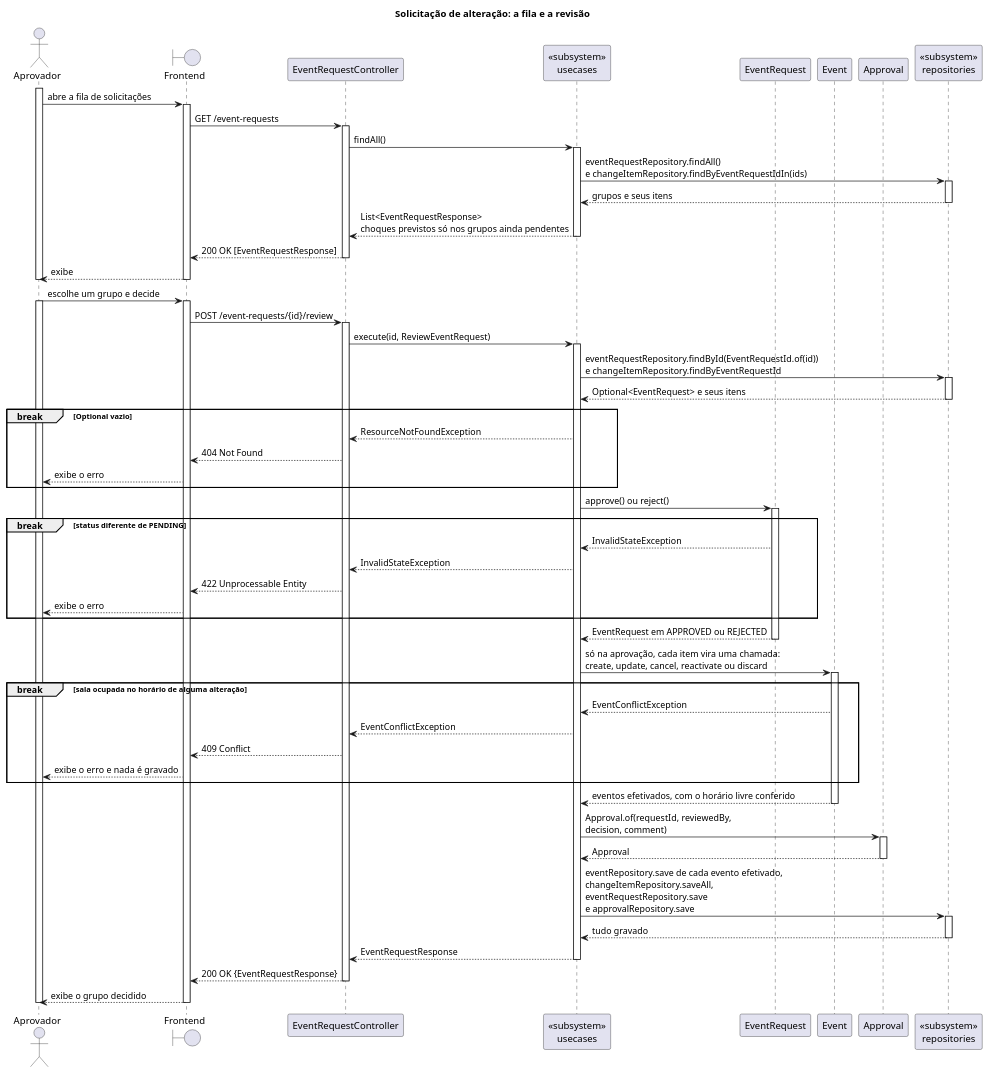
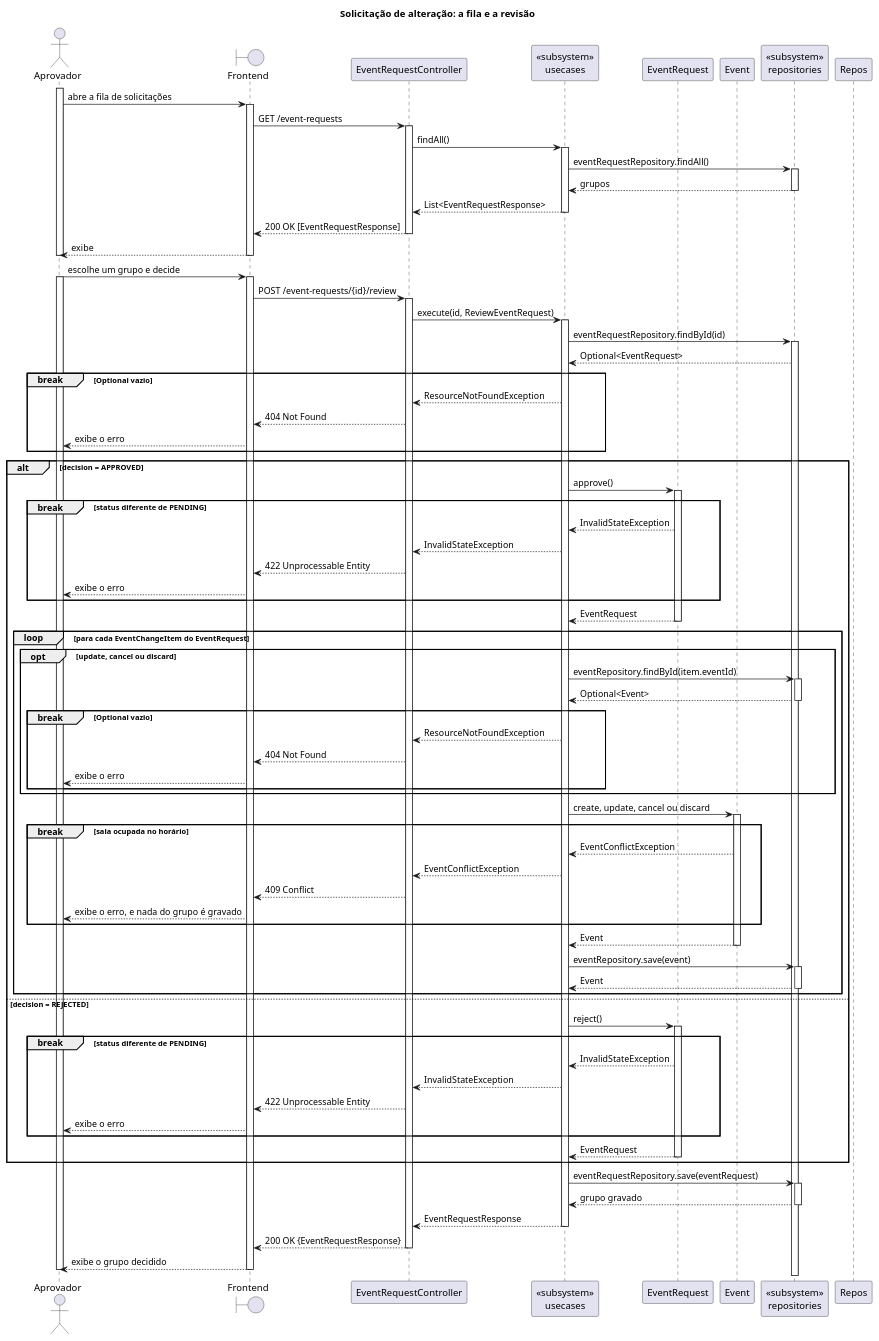
The diagram in src/plantuml/sequencia/simples/event_request.puml (Neoguara/rooms-diagrams), drawn with PlantUML before and after one commit. The commit also changed 1 other file, not shown here.

```diff
--- a/src/plantuml/sequencia/simples/event_request.puml
+++ b/src/plantuml/sequencia/simples/event_request.puml
@@ -1,134 +1,188 @@
 @startuml event_request_simples
 
 ' A tela do aprovador, no estilo simplista: ele vê a fila de solicitações e decide um
 ' grupo. A tela do solicitante, com a agenda e a submissão, está em event.puml. Os
 ' diagramas completos continuam em sequencia/event/, e é lá que estão todos os desvios.
 '
 ' A forma do diagrama segue o uso da tela: abrir a fila lista as solicitações, e a
 ' listagem é obrigatória, acontece antes de tudo e não é alternativa a nada. A decisão vem
-' depois dela, e é a única operação que esta tela oferece. Por isso não há alt aqui: não
-' existem caminhos alternativos a escolher, existe um só, que é o que o aprovador faz.
+' depois dela, e é a única operação que esta tela oferece. Por isso não há alt no nível de
+' cima: não existem caminhos alternativos a escolher, existe um só.
 '
-' Aprovar e rejeitar são o mesmo endpoint, decidido pelo campo decision. A diferença
-' aparece na mensagem para o EventRequest e no fato de que só a aprovação efetiva as
-' alterações sobre os eventos.
+' O alt de dentro é o assunto do diagrama. Aprovar e rejeitar são o mesmo endpoint,
+' separados pelo campo decision, e o que os distingue não é o que cada um faz: é o que só
+' um deles faz. O tamanho dos dois ramos é a informação: rejeitar muda o status do grupo e
+' acaba ali, enquanto aprovar ainda tem o loop inteiro pela frente.
 '
-' A decisão é do grupo inteiro, não de cada alteração: basta uma não poder ser aplicada
-' para que nada seja gravado. É isso que os dois break do trecho de efetivação dizem.
+' O loop dentro da aprovação é o segundo ponto. A decisão é do grupo inteiro, não de cada
+' alteração: os itens são efetivados um a um, na ordem em que foram submetidos, e basta um
+' não caber para que nada seja gravado. É isso que o break do 409 dentro do loop diz.
 '
-' Cinco cortes em relação aos completos:
+' Quatro cortes em relação aos completos:
 '   1. Porta e implementação viram um participante só, tipado como «subsystem».
 '   2. Os desvios são marcados com break, o fragmento que cancela o resto da interação,
-'      que é o que o throw faz: 404 no grupo que não existe, 422 no grupo que já foi
-'      decidido e 409 na sala ocupada no horário. O 422 de decision ausente e o 422 do
-'      evento em estado incompatível ficam nos completos.
-'   3. Nenhum loop. Onde o código repete por item, a repetição fica dita na mensagem.
-'   4. Nenhuma mensagem para si mesmo, e ativação só em trecho reto. As barras aninham:
+'      que é o que o throw faz. O 422 de decision ausente e o 422 do evento em estado
+'      incompatível com a alteração ficam nos completos. O 409 só nasce de create e
+'      update, que conferem a agenda; cancel e discard não ocupam horário.
+'   3. Nenhuma mensagem para si mesmo, e ativação só em trecho reto. As barras aninham:
 '      a do ator cobre a interação inteira, e cada camada abaixo ocupa menos tempo.
-'   5. O armazenamento não aparece. As mensagens param no participante de repositório,
+'   4. O armazenamento não aparece. As mensagens param no participante de repositório,
 '      e a consulta ou gravação fica implícita: o que importa é a conversa entre as
 '      camadas, não o SQL.
 '
 ' O RoomOccupancy não tem raia: a conferência de horário livre roda dentro do Event, que
-' recebe a agenda como argumento. O que sobra dela é o break do 409, que é o que o
-' aprovador sente.
+' recebe a agenda como argumento. O que sobra dela é o break do 409.
+'
+' O opt de dentro do loop é a única diferença entre os tipos de item: criar monta um Event
+' novo e não tem o que carregar, enquanto alterar, cancelar e descartar buscam o evento pelo
+' id guardado no item. Daí para baixo o caminho é o mesmo, e por isso a chamada à entidade,
+' o break do 409 e a gravação ficam fora do opt, uma vez só.
+'
+' O linkCreatedEvent, que devolve ao item o id do evento recém-criado, e o
+' changeItemRepository.saveAll que o grava ficam nos completos: são a amarração entre item
+' e evento, não a efetivação em si, e custariam uma raia inteira aqui.
+'
+' O Approval também sai. Ele registra quem decidiu, quando e com que comentário, mas é
+' trilha de auditoria: não muda o resultado da revisão nem o que o aprovador vê. Está nos
+' completos, junto do GET /event-requests/{id}/audit que o lê.
+'
+' O choque previsto que o EventRequestConflicts calcula na listagem fica de fora: é aviso,
+' e o que decide de verdade é o 409 da efetivação, que está aqui. O tipo REACTIVATE também
+' sai: é o CANCEL ao contrário e percorre as mesmas mensagens. Os dois estão nos completos.
 
 title Solicitação de alteração: a fila e a revisão
 
 actor "Aprovador" as Aprov
 boundary "Frontend" as FE
 participant "EventRequestController" as Ctrl
 
 participant "<<subsystem>>\nusecases" as UC
 
 participant "EventRequest" as Req
 participant "Event" as Event
-participant "Approval" as Appr
 
 participant "<<subsystem>>\nrepositories" as Repo
 
 activate Aprov
 Aprov -> FE: abre a fila de solicitações
 activate FE
 FE -> Ctrl: GET /event-requests
 activate Ctrl
 Ctrl -> UC: findAll()
 activate UC
 
-UC -> Repo: eventRequestRepository.findAll()\ne changeItemRepository.findByEventRequestIdIn(ids)
+UC -> Repo: eventRequestRepository.findAll()
 activate Repo
-Repo --> UC: grupos e seus itens
+Repo --> UC: grupos
 deactivate Repo
 
-UC --> Ctrl: List<EventRequestResponse>\nchoques previstos só nos grupos ainda pendentes
+UC --> Ctrl: List<EventRequestResponse>
 deactivate UC
 Ctrl --> FE: 200 OK [EventRequestResponse]
 deactivate Ctrl
 FE --> Aprov: exibe
 deactivate FE
 deactivate Aprov
 
 Aprov -> FE: escolhe um grupo e decide
 activate Aprov
 activate FE
 FE -> Ctrl: POST /event-requests/{id}/review
 activate Ctrl
 Ctrl -> UC: execute(id, ReviewEventRequest)
 activate UC
 
-UC -> Repo: eventRequestRepository.findById(EventRequestId.of(id))\ne changeItemRepository.findByEventRequestId
+UC -> Repo: eventRequestRepository.findById(id)
 activate Repo
-Repo --> UC: Optional<EventRequest> e seus itens
-deactivate Repo
+Repo --> UC: Optional<EventRequest>
+deactivate Repos
 
 break Optional vazio
   UC --> Ctrl: ResourceNotFoundException
   Ctrl --> FE: 404 Not Found
   FE --> Aprov: exibe o erro
 end
 
-UC -> Req: approve() ou reject()
-activate Req
+alt decision = APPROVED
 
-break status diferente de PENDING
-  Req --> UC: InvalidStateException
-  UC --> Ctrl: InvalidStateException
-  Ctrl --> FE: 422 Unprocessable Entity
-  FE --> Aprov: exibe o erro
+  UC -> Req: approve()
+  activate Req
+
+  break status diferente de PENDING
+    Req --> UC: InvalidStateException
+    UC --> Ctrl: InvalidStateException
+    Ctrl --> FE: 422 Unprocessable Entity
+    FE --> Aprov: exibe o erro
+  end
+
+  Req --> UC: EventRequest
+  deactivate Req
+
+  loop para cada EventChangeItem do EventRequest
+
+    opt update, cancel ou discard
+
+      UC -> Repo: eventRepository.findById(item.eventId)
+      activate Repo
+      Repo --> UC: Optional<Event>
+      deactivate Repo
+
+      break Optional vazio
+        UC --> Ctrl: ResourceNotFoundException
+        Ctrl --> FE: 404 Not Found
+        FE --> Aprov: exibe o erro
+      end
+
+    end
+
+    UC -> Event: create, update, cancel ou discard
+    activate Event
+
+    break sala ocupada no horário
+      Event --> UC: EventConflictException
+      UC --> Ctrl: EventConflictException
+      Ctrl --> FE: 409 Conflict
+      FE --> Aprov: exibe o erro, e nada do grupo é gravado
+    end
+
+    Event --> UC: Event
+    deactivate Event
+
+    UC -> Repo: eventRepository.save(event)
+    activate Repo
+    Repo --> UC: Event
+    deactivate Repo
+
+  end
+
+else decision = REJECTED
+
+  UC -> Req: reject()
+  activate Req
+
+  break status diferente de PENDING
+    Req --> UC: InvalidStateException
+    UC --> Ctrl: InvalidStateException
+    Ctrl --> FE: 422 Unprocessable Entity
+    FE --> Aprov: exibe o erro
+  end
+
+  Req --> UC: EventRequest
+  deactivate Req
+
 end
 
-Req --> UC: EventRequest em APPROVED ou REJECTED
-deactivate Req
-
-UC -> Event: só na aprovação, cada item vira uma chamada:\ncreate, update, cancel, reactivate ou discard
-activate Event
-
-break sala ocupada no horário de alguma alteração
-  Event --> UC: EventConflictException
-  UC --> Ctrl: EventConflictException
-  Ctrl --> FE: 409 Conflict
-  FE --> Aprov: exibe o erro e nada é gravado
-end
-
-Event --> UC: eventos efetivados, com o horário livre conferido
-deactivate Event
-
-UC -> Appr: Approval.of(requestId, reviewedBy,\ndecision, comment)
-activate Appr
-Appr --> UC: Approval
-deactivate Appr
-
-UC -> Repo: eventRepository.save de cada evento efetivado,\nchangeItemRepository.saveAll,\neventRequestRepository.save\ne approvalRepository.save
+UC -> Repo: eventRequestRepository.save(eventRequest)
 activate Repo
-Repo --> UC: tudo gravado
+Repo --> UC: grupo gravado
 deactivate Repo
 
 UC --> Ctrl: EventRequestResponse
 deactivate UC
 Ctrl --> FE: 200 OK {EventRequestResponse}
 deactivate Ctrl
 FE --> Aprov: exibe o grupo decidido
 deactivate FE
 deactivate Aprov
 
 @enduml
```
